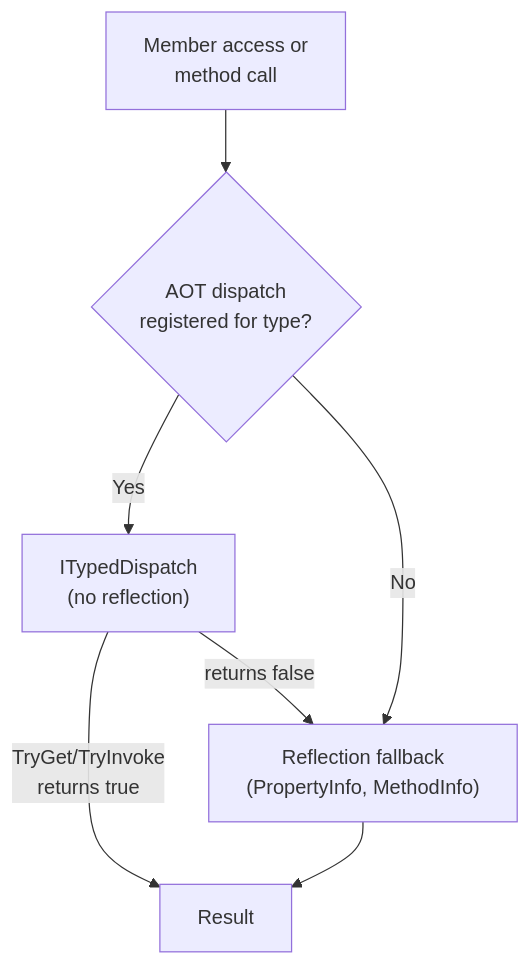
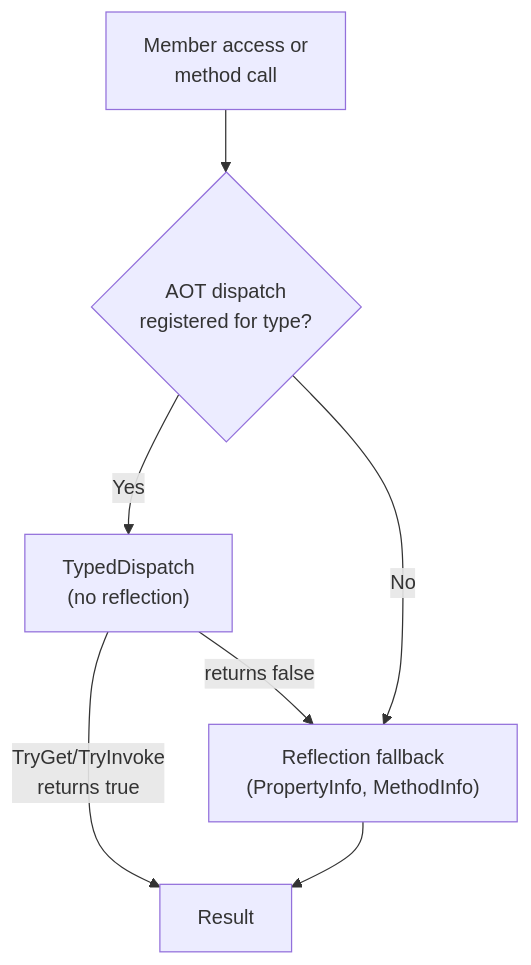
One commit to MartiSilvio/Alder changed the diagram in docs/aot/overview.md. Above: the diagram before and after it, drawn with Mermaid. The commit also changed other lines of this file and 326 other files, not shown here.

````diff
--- a/docs/aot/overview.md
+++ b/docs/aot/overview.md
@@ -7,9 +7,9 @@
 ```mermaid
 graph TD
     A["Member access or<br/>method call"] --> B{"AOT dispatch<br/>registered for type?"}
-    B -->|"Yes"| C["ITypedDispatch<br/>(no reflection)"]
+    B -->|"Yes"| C["TypedDispatch<br/>(no reflection)"]
     B -->|"No"| D["Reflection fallback<br/>(PropertyInfo, MethodInfo)"]
     C -->|"TryGet/TryInvoke<br/>returns true"| E["Result"]
     C -->|"returns false"| D
     D --> E
 ```
````
